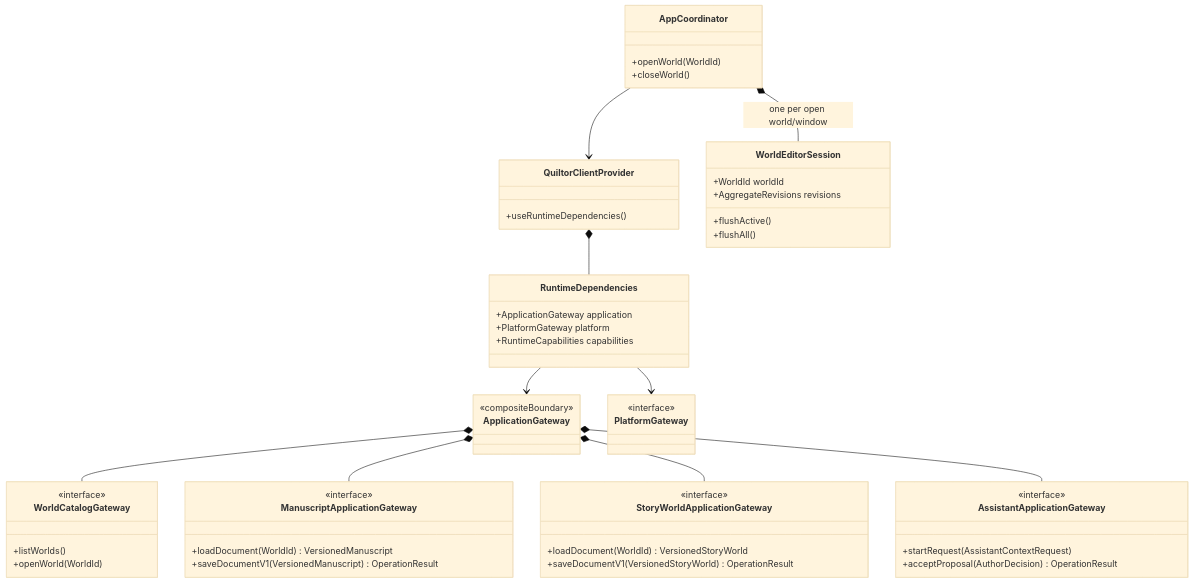
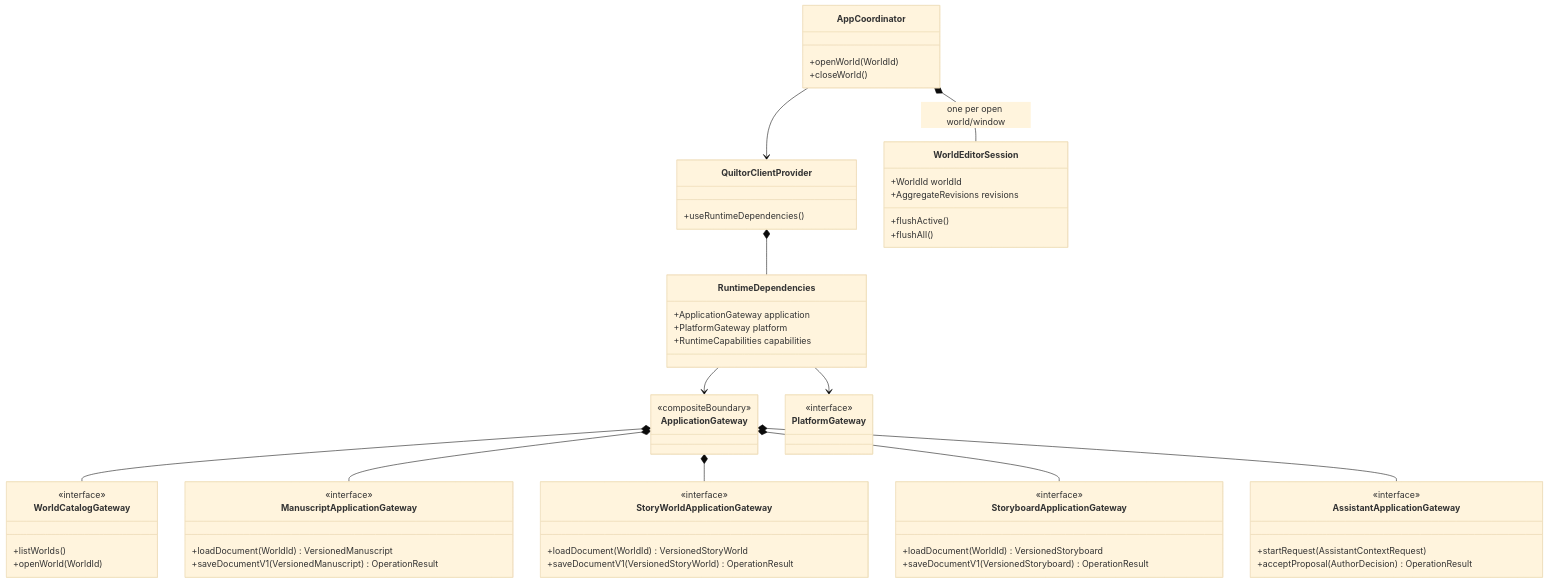
The first of 10 diagrams in docs/architecture/views/client-runtime.md (Tim3399/quiltor), drawn with Mermaid (base theme) before and after one commit. The commit also changed other lines of this file and 280 other files, not shown here.

Commit message:
feat: add storyboard planning and shared graph editing

````diff
--- a/docs/architecture/views/client-runtime.md
+++ b/docs/architecture/views/client-runtime.md
@@ -23,68 +23,75 @@
 ```mermaid
 classDiagram
 direction TB
 
 class RuntimeDependencies {
   +ApplicationGateway application
   +PlatformGateway platform
   +RuntimeCapabilities capabilities
 }
 
 class QuiltorClientProvider {
   +useRuntimeDependencies()
 }
 
 class ApplicationGateway {
   <<compositeBoundary>>
 }
 
 class WorldCatalogGateway {
   <<interface>>
   +listWorlds()
   +openWorld(WorldId)
 }
 
 class ManuscriptApplicationGateway {
   <<interface>>
   +loadDocument(WorldId) VersionedManuscript
   +saveDocumentV1(VersionedManuscript) OperationResult
 }
 
 class StoryWorldApplicationGateway {
   <<interface>>
   +loadDocument(WorldId) VersionedStoryWorld
   +saveDocumentV1(VersionedStoryWorld) OperationResult
 }
 
+class StoryboardApplicationGateway {
+  <<interface>>
+  +loadDocument(WorldId) VersionedStoryboard
+  +saveDocumentV1(VersionedStoryboard) OperationResult
+}
+
 class AssistantApplicationGateway {
   <<interface>>
   +startRequest(AssistantContextRequest)
   +acceptProposal(AuthorDecision) OperationResult
 }
 
 class PlatformGateway {
   <<interface>>
 }
 
 class AppCoordinator {
   +openWorld(WorldId)
   +closeWorld()
 }
 
 class WorldEditorSession {
   +WorldId worldId
   +AggregateRevisions revisions
   +flushActive()
   +flushAll()
 }
 
 ApplicationGateway *-- WorldCatalogGateway
 ApplicationGateway *-- ManuscriptApplicationGateway
 ApplicationGateway *-- StoryWorldApplicationGateway
+ApplicationGateway *-- StoryboardApplicationGateway
 ApplicationGateway *-- AssistantApplicationGateway
 RuntimeDependencies --> ApplicationGateway
 RuntimeDependencies --> PlatformGateway
 QuiltorClientProvider *-- RuntimeDependencies
 AppCoordinator --> QuiltorClientProvider
 AppCoordinator *-- WorldEditorSession : one per open world/window
 ```
````
